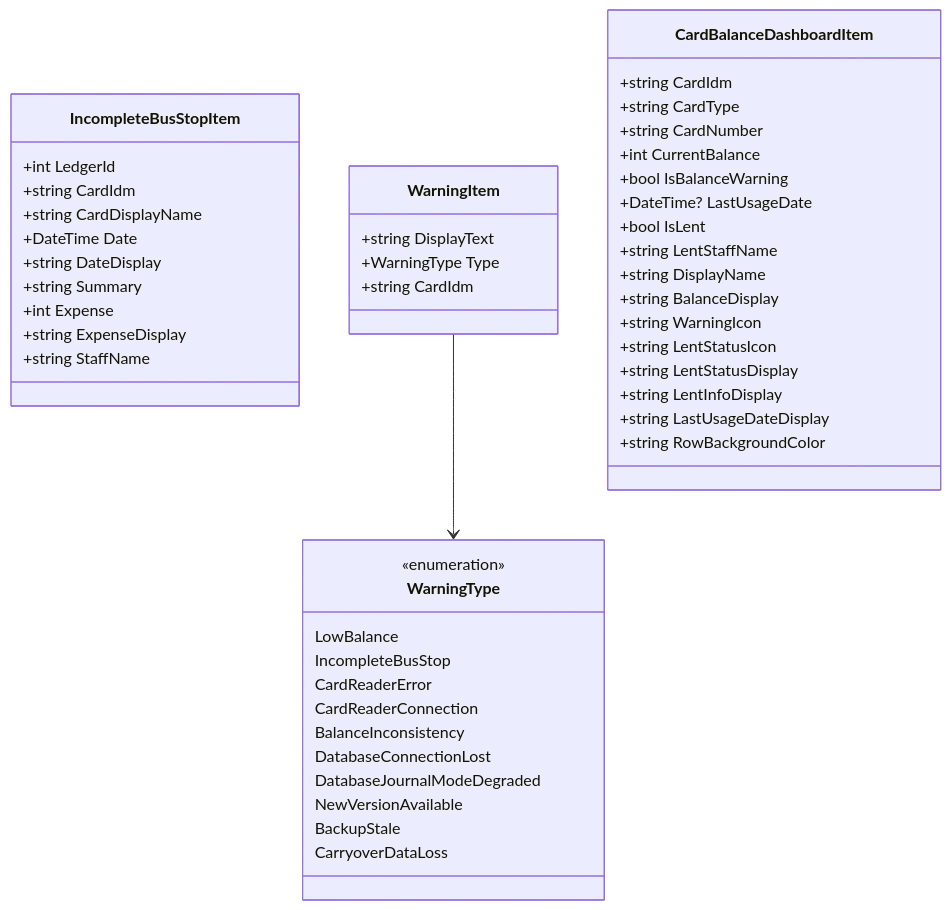
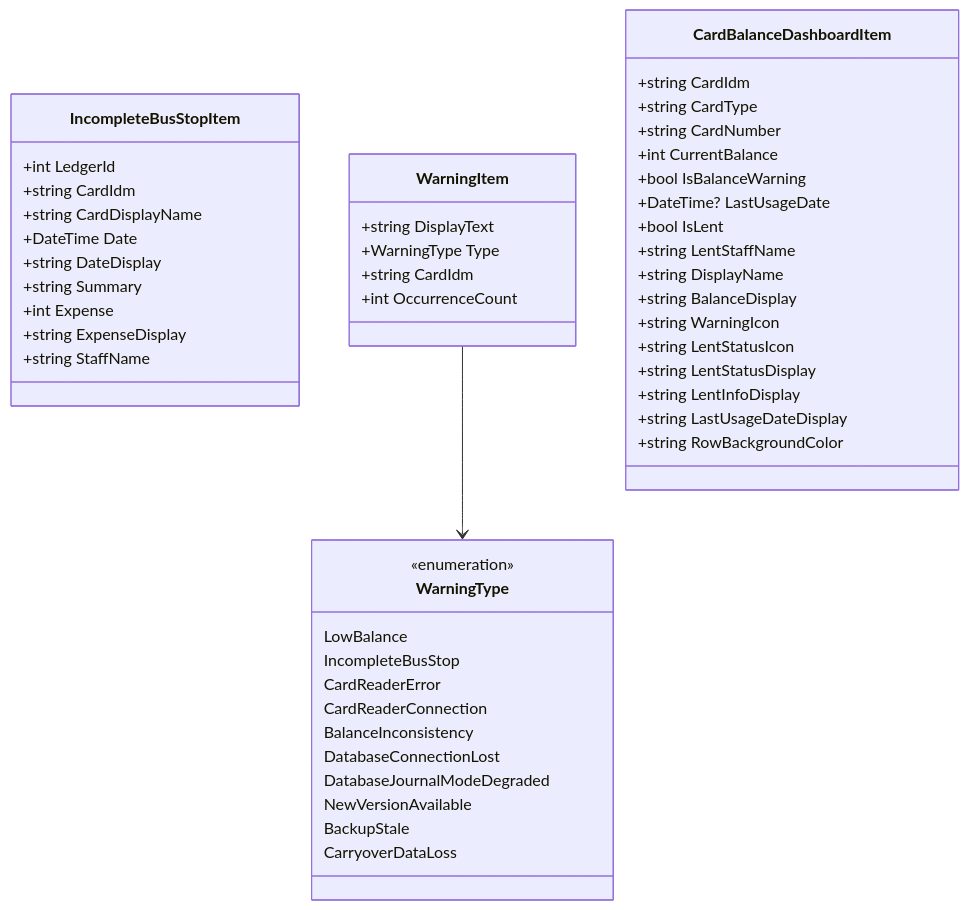
Diagram 49 of 51 in ICCardManager/docs/design/05_クラス設計書.md (kuwayamamasayuki/ICCardManager), drawn with Mermaid before and after one commit. The commit also changed other lines of this file and 15 other files, not shown here.

````diff
--- a/ICCardManager/docs/design/05_クラス設計書.md
+++ b/ICCardManager/docs/design/05_クラス設計書.md
@@ -2596,55 +2596,56 @@
 ```mermaid
 classDiagram
     class IncompleteBusStopItem {
         +int LedgerId
         +string CardIdm
         +string CardDisplayName
         +DateTime Date
         +string DateDisplay
         +string Summary
         +int Expense
         +string ExpenseDisplay
         +string StaffName
     }
 
     class WarningItem {
         +string DisplayText
         +WarningType Type
         +string CardIdm
+        +int OccurrenceCount
     }
 
     class WarningType {
         <<enumeration>>
         LowBalance
         IncompleteBusStop
         CardReaderError
         CardReaderConnection
         BalanceInconsistency
         DatabaseConnectionLost
         DatabaseJournalModeDegraded
         NewVersionAvailable
         BackupStale
         CarryoverDataLoss
     }
 
     class CardBalanceDashboardItem {
         +string CardIdm
         +string CardType
         +string CardNumber
         +int CurrentBalance
         +bool IsBalanceWarning
         +DateTime? LastUsageDate
         +bool IsLent
         +string LentStaffName
         +string DisplayName
         +string BalanceDisplay
         +string WarningIcon
         +string LentStatusIcon
         +string LentStatusDisplay
         +string LentInfoDisplay
         +string LastUsageDateDisplay
         +string RowBackgroundColor
     }
 
     WarningItem --> WarningType
 ```
````
